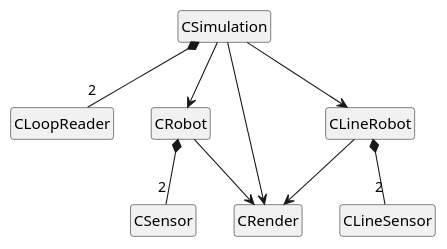
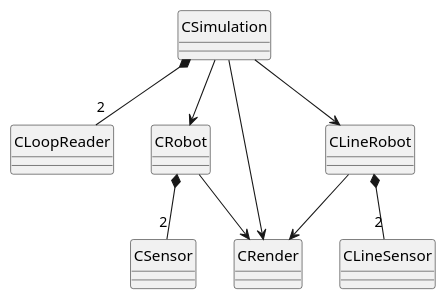
One commit to Cod-Luo/MTRX3760-lab-2 changed the diagram in A2/design.puml. Above: the diagram before and after it, drawn with PlantUML. The commit also changed 1 other file, not shown here.

Commit message:
Display UML members and circles
Removes the PlantUML directives that hid class members and the default class circles in the A1 and A2 design diagrams. This makes the diagrams fully visible and easier to inspect.

```diff
--- a/A2/design.puml
+++ b/A2/design.puml
@@ -1,34 +1,32 @@
 @startuml
 ' Major classes only; value types (Vec2D, CPose) and libraries are omitted.
 skinparam classAttributeIconSize 0
 skinparam style strictuml
-hide members
-hide circle
 
 class CSimulation
 class CLoopReader
 class CRender
 class CRobot
 class CLineRobot
 class CSensor
 class CLineSensor
 
 ' mWalls and mLine are contained members; the diamond is at the owner.
 CSimulation *-- "2" CLoopReader
 
 ' Run() creates the renderer and robots as locals, not contained members.
 ' Association represents these uses.
 CSimulation --> CRender
 CSimulation --> CRobot
 CSimulation --> CLineRobot
 
 ' Each robot contains exactly two sensors of its own type.
 CRobot *-- "2" CSensor
 CLineRobot *-- "2" CLineSensor
 
 ' Draw() receives the shared renderer by reference.
 CRobot --> CRender
 CLineRobot --> CRender
 
 ' No inheritance: CLineRobot and CLineSensor are independent classes.
 @enduml
```
